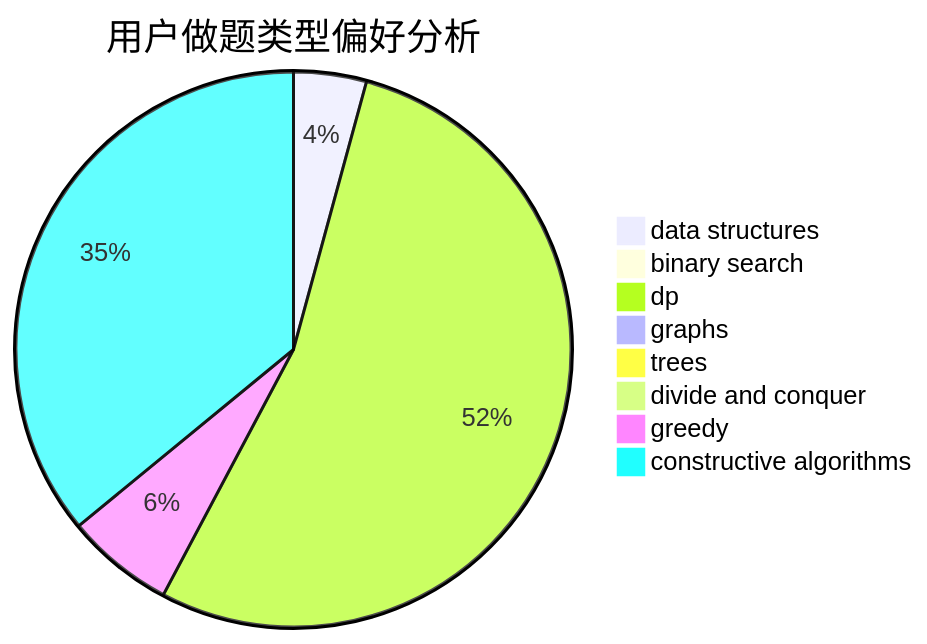
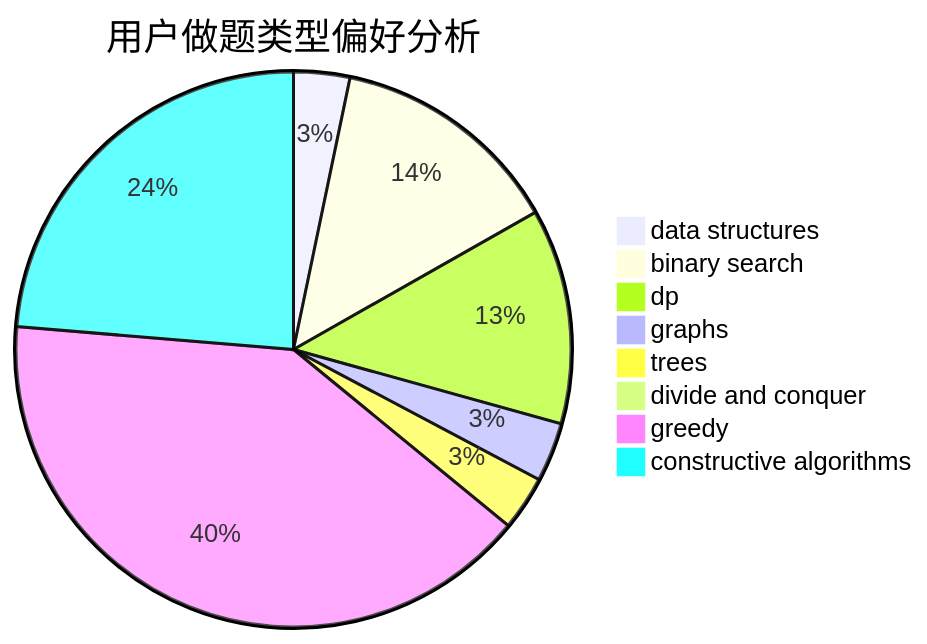
Before and after one commit to sherpahu/cfrs.github.io: the second of 3 diagrams in docs/user/u1469.md, drawn with Mermaid. The commit also changed other lines of this file and 2770 other files, not shown here.

````diff
--- a/docs/user/u1469.md
+++ b/docs/user/u1469.md
@@ -23,11 +23,11 @@
 ```mermaid
 pie title 用户做题类型偏好分析
-    "data structures" :  33
-    "binary search" :  4
-    "dp" :  417
-    "graphs" :  5
-    "trees" :  6
-    "divide and conquer" :  2
-    "greedy" :  49
-    "constructive algorithms" :  280
+    "data structures" :  36
+    "binary search" :  149
+    "dp" :  138
+    "graphs" :  38
+    "trees" :  35
+    "divide and conquer" :  1
+    "greedy" :  445
+    "constructive algorithms" :  261
 ```
````
